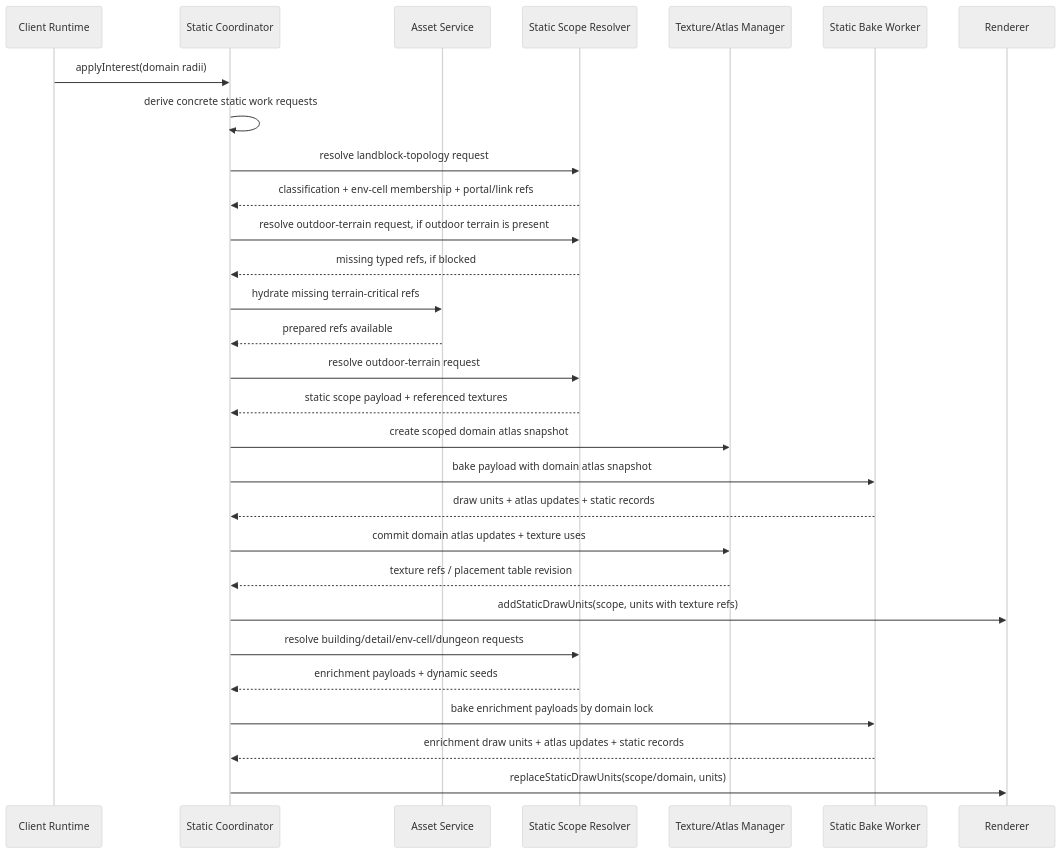
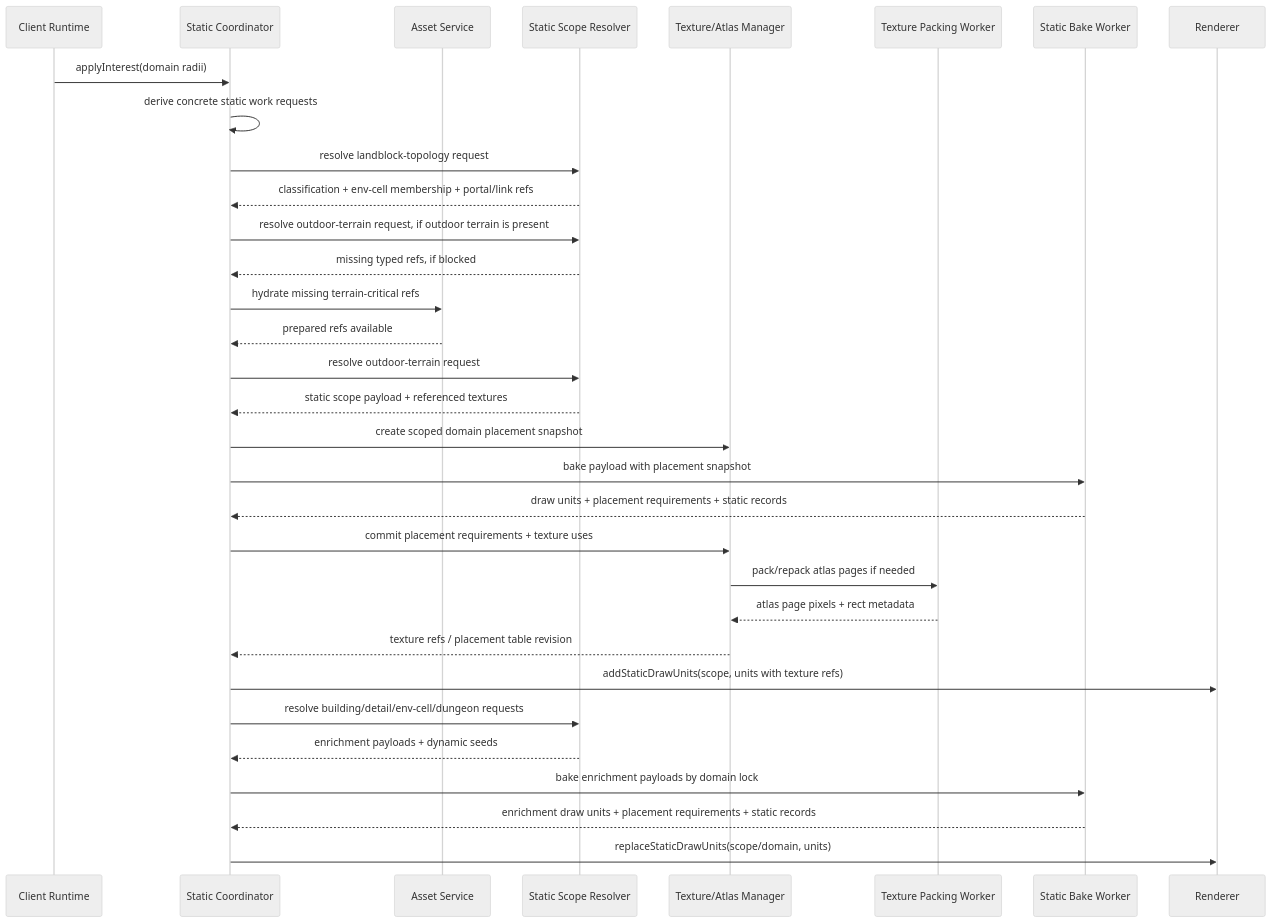
One commit to merklejerk/holtburger changed the ninth of 22 diagrams in docs/plans/holtburger-3d-frontend-v2-design.md. Above: the diagram before and after it, drawn with Mermaid (neutral theme). The commit also changed other lines of this file and 9 other files, not shown here.

````diff
--- a/docs/plans/holtburger-3d-frontend-v2-design.md
+++ b/docs/plans/holtburger-3d-frontend-v2-design.md
@@ -730,32 +730,35 @@
 ```mermaid
 sequenceDiagram
   participant Runtime as Client Runtime
   participant Static as Static Coordinator
   participant Assets as Asset Service
   participant Resolver as Static Scope Resolver
   participant Textures as Texture/Atlas Manager
+  participant Packer as Texture Packing Worker
   participant Baker as Static Bake Worker
   participant Renderer as Renderer
 
   Runtime->>Static: applyInterest(domain radii)
   Static->>Static: derive concrete static work requests
   Static->>Resolver: resolve landblock-topology request
   Resolver-->>Static: classification + env-cell membership + portal/link refs
   Static->>Resolver: resolve outdoor-terrain request, if outdoor terrain is present
   Resolver-->>Static: missing typed refs, if blocked
   Static->>Assets: hydrate missing terrain-critical refs
   Assets-->>Static: prepared refs available
   Static->>Resolver: resolve outdoor-terrain request
   Resolver-->>Static: static scope payload + referenced textures
-  Static->>Textures: create scoped domain atlas snapshot
-  Static->>Baker: bake payload with domain atlas snapshot
-  Baker-->>Static: draw units + atlas updates + static records
-  Static->>Textures: commit domain atlas updates + texture uses
+  Static->>Textures: create scoped domain placement snapshot
+  Static->>Baker: bake payload with placement snapshot
+  Baker-->>Static: draw units + placement requirements + static records
+  Static->>Textures: commit placement requirements + texture uses
+  Textures->>Packer: pack/repack atlas pages if needed
+  Packer-->>Textures: atlas page pixels + rect metadata
   Textures-->>Static: texture refs / placement table revision
   Static->>Renderer: addStaticDrawUnits(scope, units with texture refs)
   Static->>Resolver: resolve building/detail/env-cell/dungeon requests
   Resolver-->>Static: enrichment payloads + dynamic seeds
   Static->>Baker: bake enrichment payloads by domain lock
-  Baker-->>Static: enrichment draw units + atlas updates + static records
+  Baker-->>Static: enrichment draw units + placement requirements + static records
   Static->>Renderer: replaceStaticDrawUnits(scope/domain, units)
 ```
````
